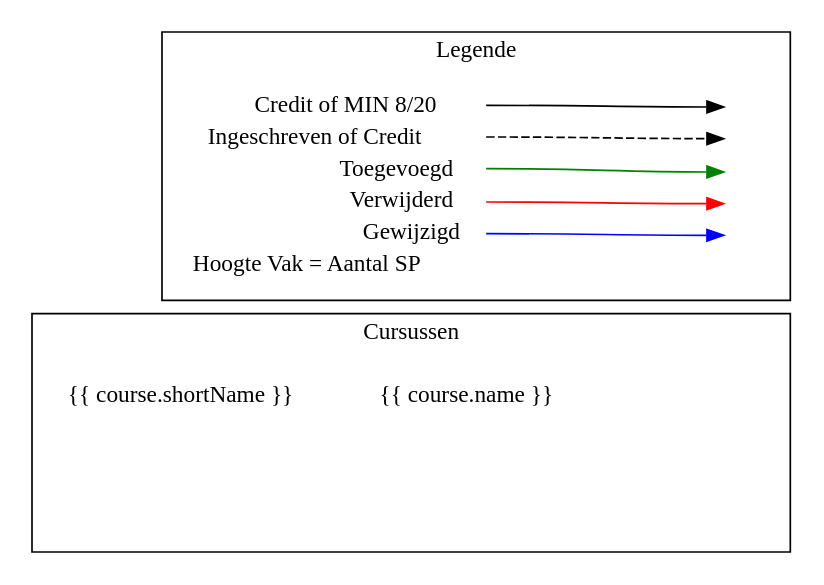
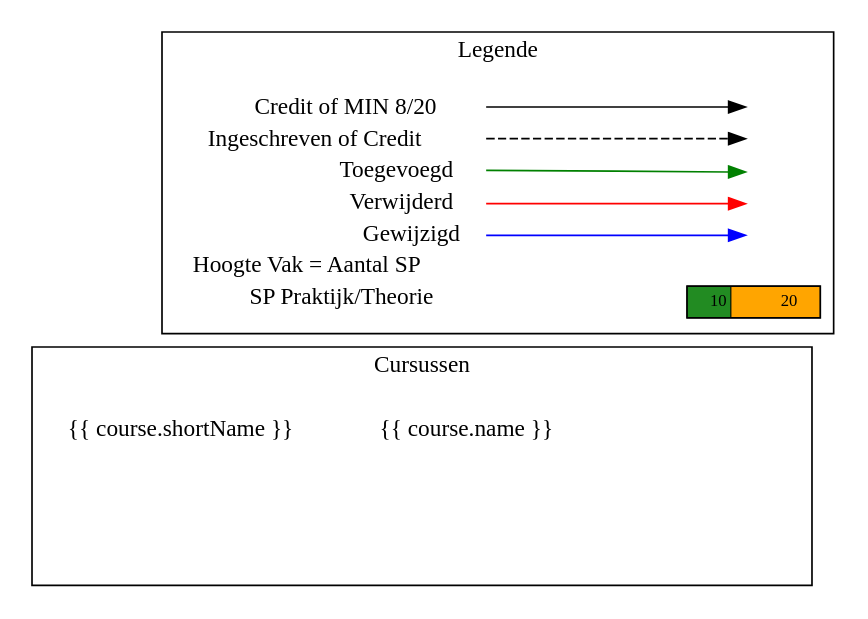
Before and after one commit to JoeyDP/OC: the diagram in 2018-2019/Studieprogramma/source/templates/legend.dot, drawn with Graphviz.

Commit message:
added studie workload to legend

```diff
--- a/2018-2019/Studieprogramma/source/templates/legend.dot
+++ b/2018-2019/Studieprogramma/source/templates/legend.dot
@@ -1,48 +1,52 @@
 digraph {
   rankdir=LR
   node [shape=plaintext]
 
   subgraph cluster_courses {
     label = "Cursussen";
     courses [label=<<table border="0" cellpadding="5" cellspacing="0" cellborder="0">
     {% for course in courses %}
       <tr><td align="left" port="i1">{{ course.shortName }}</td><td align="left">{{ course.name }}</td></tr>
     {% endfor %}
       </table>>]
     key3 [label=<<table border="0" cellpadding="2" cellspacing="0" cellborder="0">
       <tr><td port="i1">&nbsp;</td></tr>
       <tr><td port="i2">&nbsp;</td></tr>
       <tr><td port="i3">&nbsp;</td></tr>
       <tr><td port="i4">&nbsp;</td></tr>
       <tr><td port="i5">&nbsp;</td></tr>
       </table>>]
 
     # fix placement a bit
     courses:i1:e -> key3:i1:w [style=invis]
   }
 
   subgraph cluster_legend {
     label = "Legende";
     key [label=<<table border="0" cellpadding="2" cellspacing="0" cellborder="0">
       <tr><td align="right" port="i1">Credit of MIN 8/20</td></tr>
       <tr><td align="right" port="i2">Ingeschreven of Credit</td></tr>
       <tr><td align="right" port="i3">Toegevoegd</td></tr>
       <tr><td align="right" port="i4">Verwijderd</td></tr>
       <tr><td align="right" port="i5">Gewijzigd</td></tr>
       <tr><td align="right" port="i6">Hoogte Vak = Aantal SP</td></tr>
+      <tr><td align="right" port="i7">SP Praktijk/Theorie</td></tr>
       </table>>]
     key2 [label=<<table border="0" cellpadding="2" cellspacing="0" cellborder="0">
       <tr><td port="i1">&nbsp;</td></tr>
       <tr><td port="i2">&nbsp;</td></tr>
       <tr><td port="i3">&nbsp;</td></tr>
       <tr><td port="i4">&nbsp;</td></tr>
       <tr><td port="i5">&nbsp;</td></tr>
       </table>>]
     key:i1:e -> key2:i1:w []
     key:i2:e -> key2:i2:w [style=dashed]
     key:i3:e -> key2:i3:w [color=green]
     key:i4:e -> key2:i4:w [color=red]
     key:i5:e -> key2:i5:w [color=blue]
+
+    sp_ratio [shape=rect, fontsize=10, height=0.10, style=striped, color="forestgreen;0.33:orange", label="10             20"]
+    key:i7 -> sp_ratio [style=invis]
   }
 
 }
```
